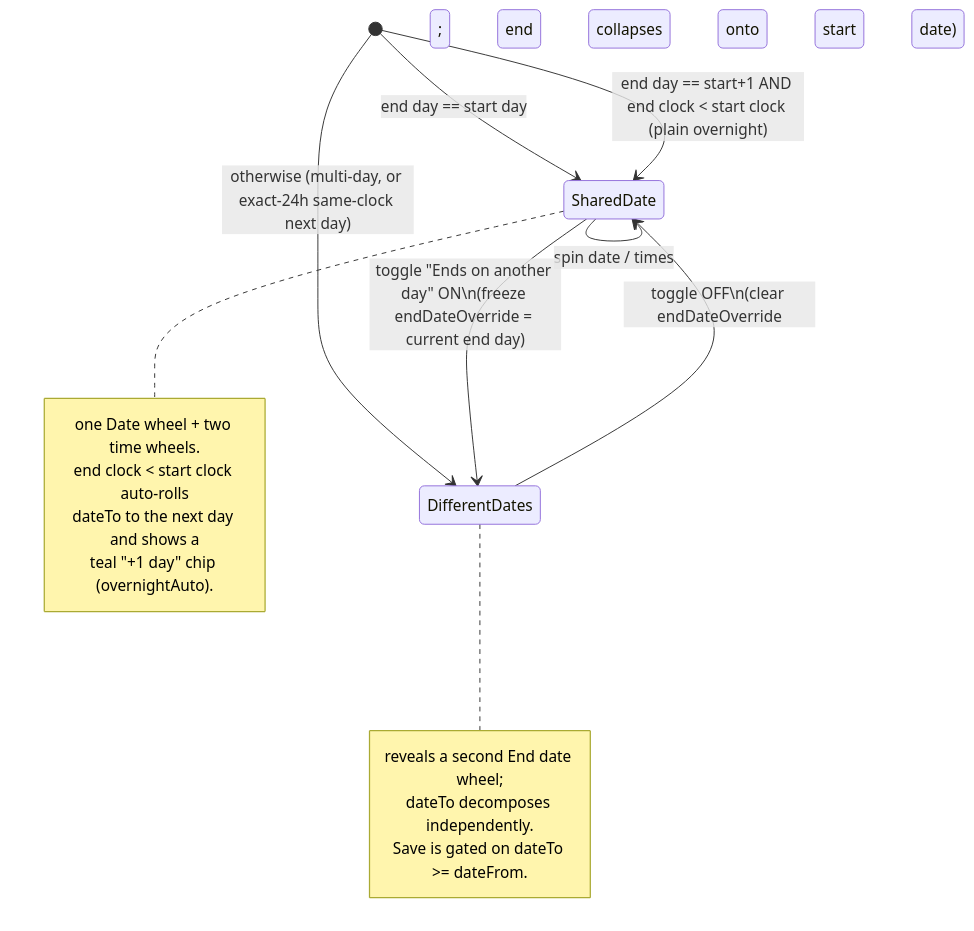
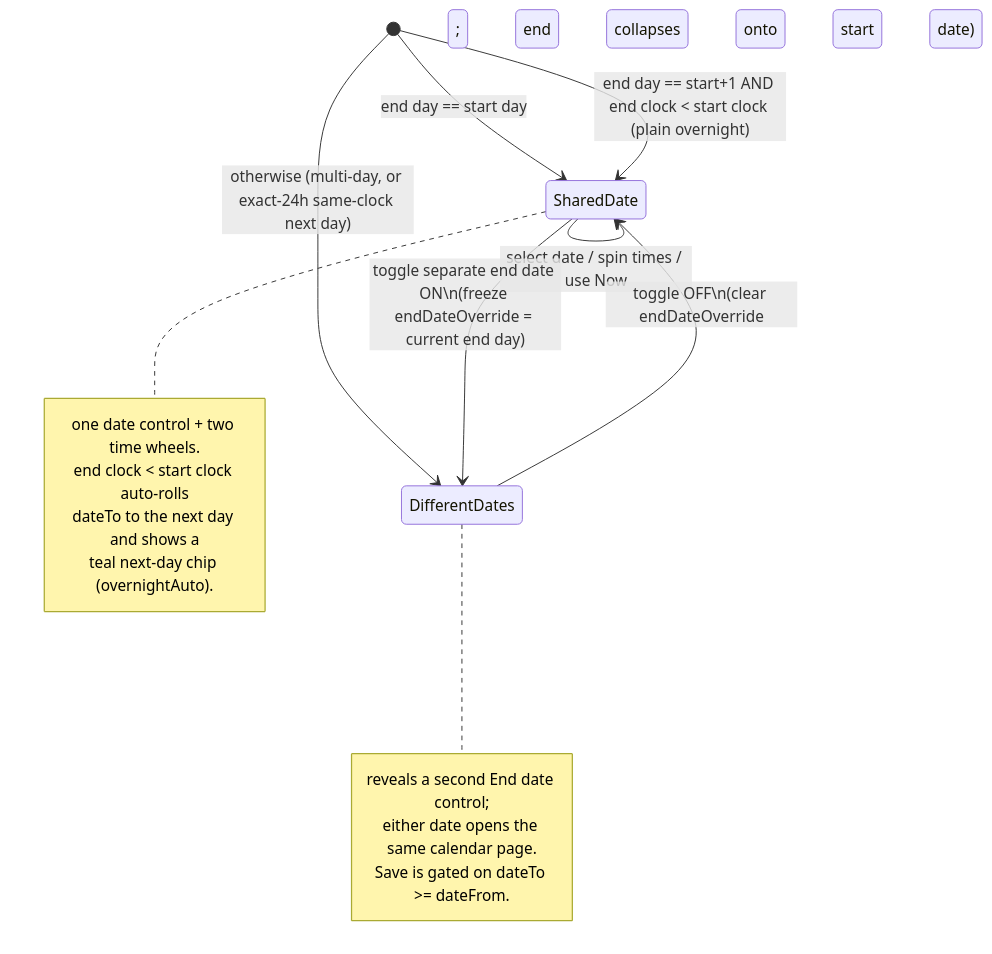
The sixth of 8 diagrams in lib/features/journal/README.md (matthiasn/lotti), drawn with Mermaid before and after one commit. The commit also changed other lines of this file and 43 other files, not shown here.

Commit message:
feat: redesign date and time pickers

````diff
--- a/lib/features/journal/README.md
+++ b/lib/features/journal/README.md
@@ -223,22 +242,22 @@
 ```mermaid
 stateDiagram-v2
     [*] --> SharedDate: end day == start day
     [*] --> SharedDate: end day == start+1 AND end clock < start clock (plain overnight)
     [*] --> DifferentDates: otherwise (multi-day, or exact-24h same-clock next day)
 
-    SharedDate --> SharedDate: spin date / times
+    SharedDate --> SharedDate: select date / spin times / use Now
     note right of SharedDate
-      one Date wheel + two time wheels.
+      one date control + two time wheels.
       end clock < start clock auto-rolls
       dateTo to the next day and shows a
-      teal "+1 day" chip (overnightAuto).
+      teal next-day chip (overnightAuto).
     end note
 
-    SharedDate --> DifferentDates: toggle "Ends on another day" ON\n(freeze endDateOverride = current end day)
+    SharedDate --> DifferentDates: toggle separate end date ON\n(freeze endDateOverride = current end day)
     DifferentDates --> SharedDate: toggle OFF\n(clear endDateOverride; end collapses onto start date)
     note right of DifferentDates
-      reveals a second End date wheel;
-      dateTo decomposes independently.
+      reveals a second End date control;
+      either date opens the same calendar page.
       Save is gated on dateTo >= dateFrom.
     end note
 ```
````
